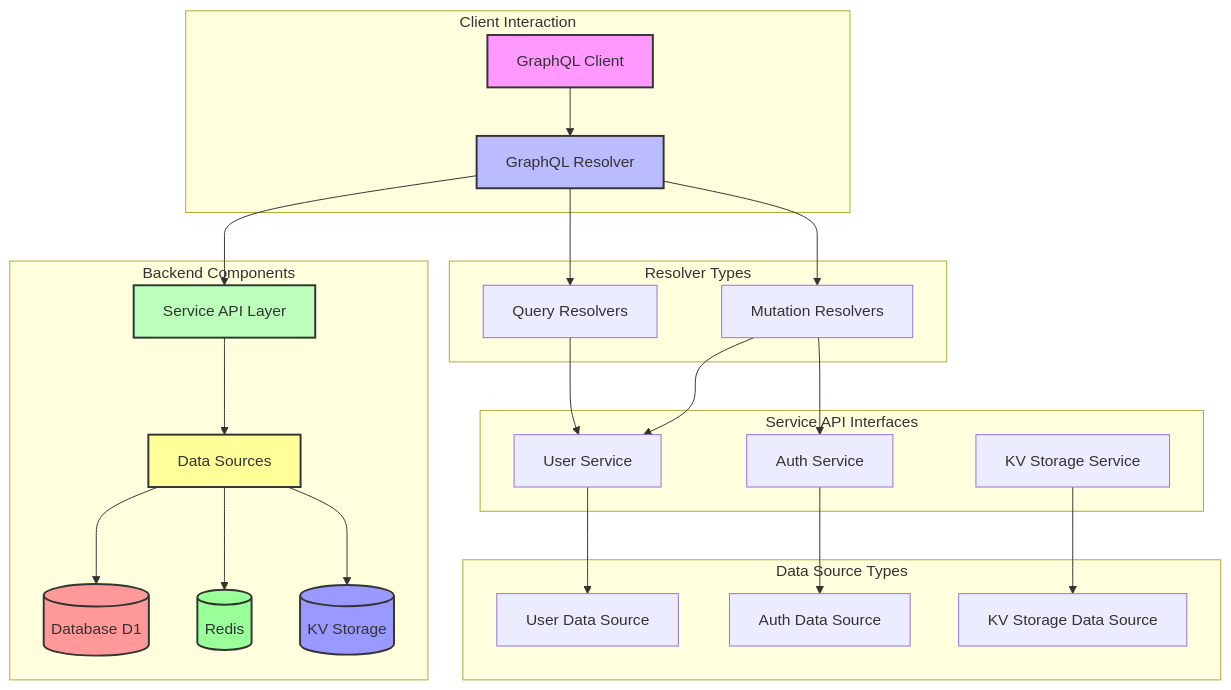
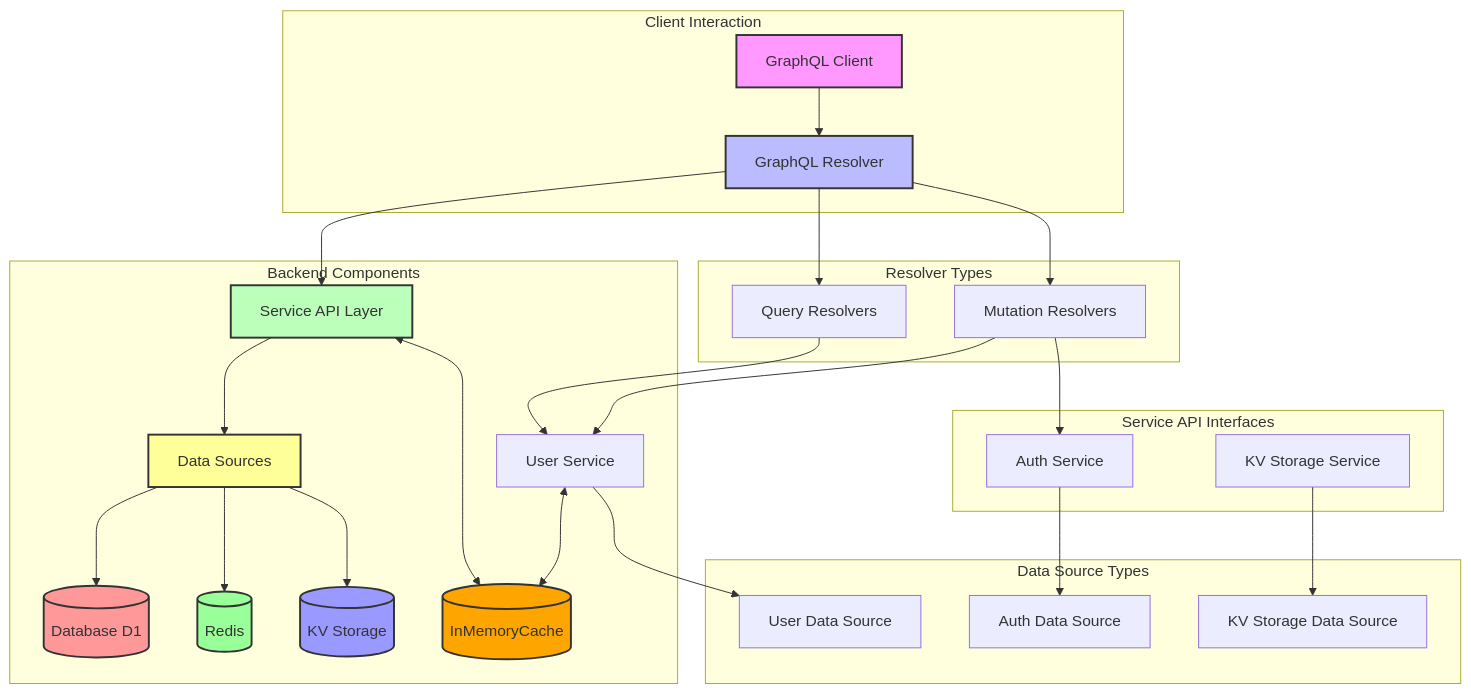
One commit to vinodhj/expense-microservices changed diagram 11 of 15 in docs/user-services.md. Above: the diagram before and after it, drawn with Mermaid. The commit also changed other lines of this file, not shown here.

Commit message:
mermaid tweaks-6

````diff
--- a/docs/user-services.md
+++ b/docs/user-services.md
@@ -985,50 +990,54 @@
 ```mermaid
 flowchart TB
     subgraph "Client Interaction"
         A[GraphQL Client] --> B[GraphQL Resolver]
     end
 
     subgraph "Backend Components"
         B --> C[Service API Layer]
         C --> D[Data Sources]
         D --> E[(Database D1)]
         D --> F[(Redis)]
         D --> G[(KV Storage)]
+
+        C <--> H[(InMemoryCache)]
+        S1 <--> H
     end
 
     subgraph "Resolver Types"
         Q1[Query Resolvers]
         Q2[Mutation Resolvers]
     end
 
     subgraph "Service API Interfaces"
         S1[User Service]
         S2[Auth Service]
         S3[KV Storage Service]
     end
 
     subgraph "Data Source Types"
         DS1[User Data Source]
         DS2[Auth Data Source]
         DS3[KV Storage Data Source]
     end
 
     B --> Q1
     B --> Q2
 
     Q1 --> S1
     Q2 --> S1
     Q2 --> S2
 
     S1 --> DS1
     S2 --> DS2
     S3 --> DS3
 
     style A fill:#f9f,stroke:#333,stroke-width:2px,color:#333
     style B fill:#bbf,stroke:#333,stroke-width:2px,color:#333
     style C fill:#bfb,stroke:#333,stroke-width:2px,color:#333
     style D fill:#ff9,stroke:#333,stroke-width:2px,color:#333
     style E fill:#f99,stroke:#333,stroke-width:2px,color:#333
     style F fill:#9f9,stroke:#333,stroke-width:2px,color:#333
     style G fill:#99f,stroke:#333,stroke-width:2px,color:#333
+    style H fill:#ffa500,stroke:#333,stroke-width:2px,color:#333
 ```
````
